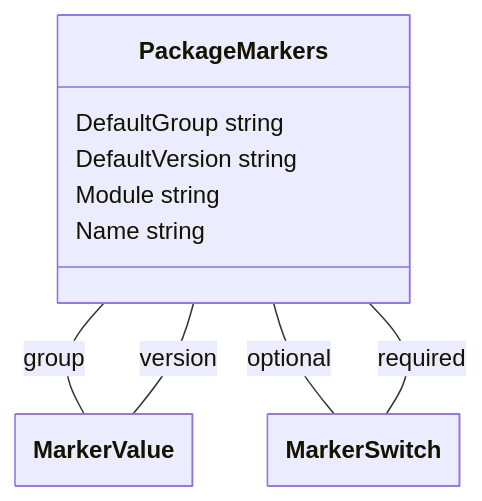
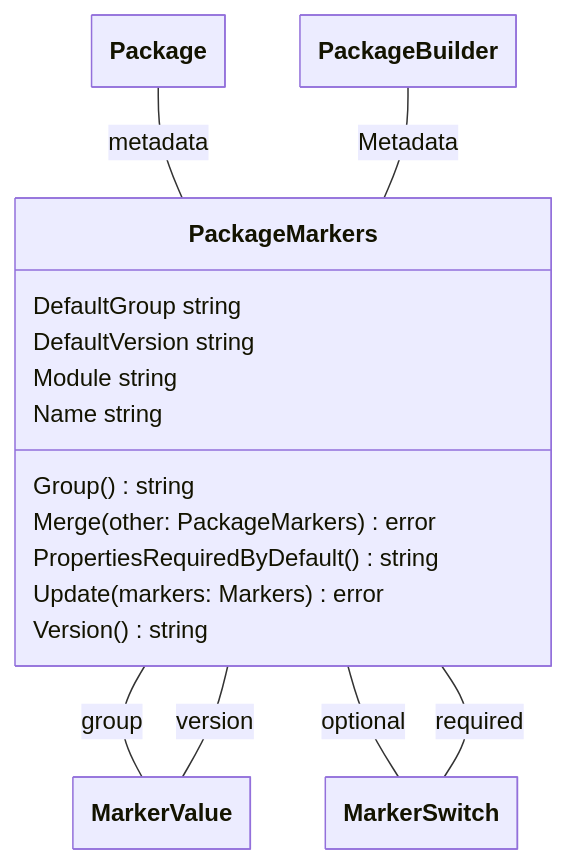
The tenth of 17 diagrams in docs/model/model.md (theunrepentantgeek/crddoc), drawn with Mermaid before and after one commit. The commit also changed other lines of this file, not shown here.

````diff
--- a/docs/model/model.md
+++ b/docs/model/model.md
@@ -375,29 +572,38 @@
 ```mermaid
 ---
   config:
     class:
       hideEmptyMembersBox: true
 ---
 classDiagram
 
 class PackageMarkers["PackageMarkers"]{  
       DefaultGroup string  
       DefaultVersion string  
       Module string  
-      Name string
+      Name string  
+      Group()string  
+      Merge(other: PackageMarkers)error  
+      PropertiesRequiredByDefault()string  
+      Update(markers: Markers)error  
+      Version()string
 
 
 } 
 
+Package -- PackageMarkers : metadata 
+PackageBuilder -- PackageMarkers : Metadata 
 
 PackageMarkers -- MarkerValue : group 
 PackageMarkers -- MarkerSwitch : optional 
 PackageMarkers -- MarkerSwitch : required 
 PackageMarkers -- MarkerValue : version 
 
+class Package["Package"]
+class PackageBuilder["PackageBuilder"]
 class MarkerValue["MarkerValue"]
 class MarkerSwitch["MarkerSwitch"]
 class MarkerSwitch["MarkerSwitch"]
 class MarkerValue["MarkerValue"]
 
 ```
````
